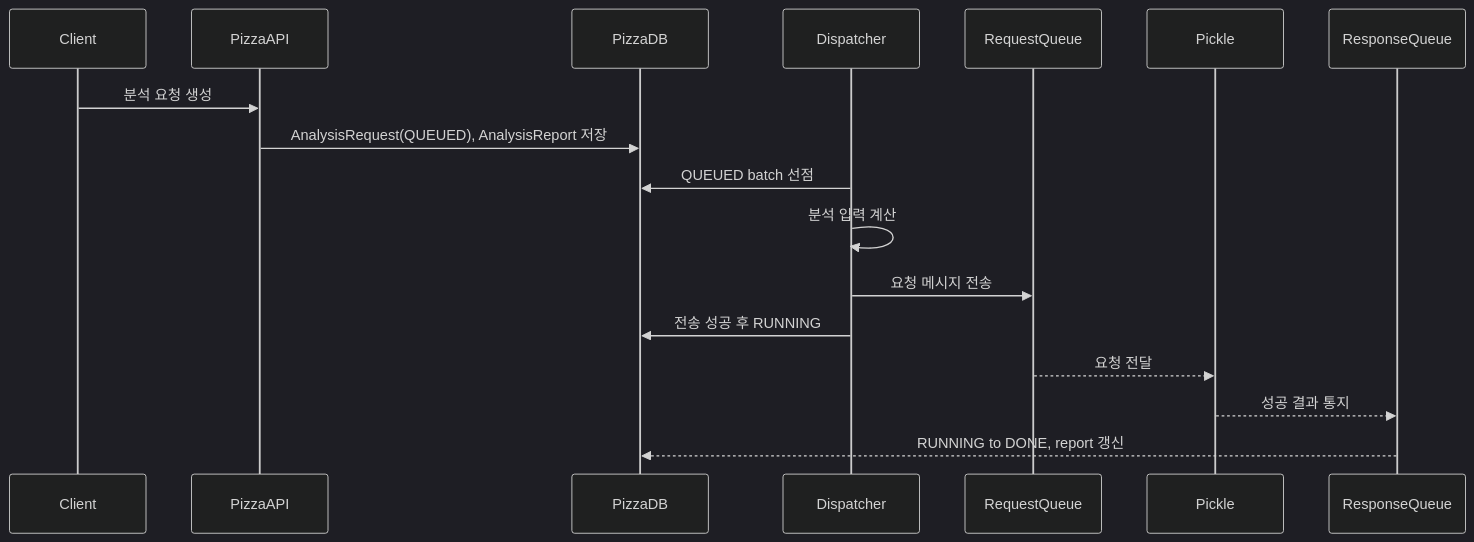
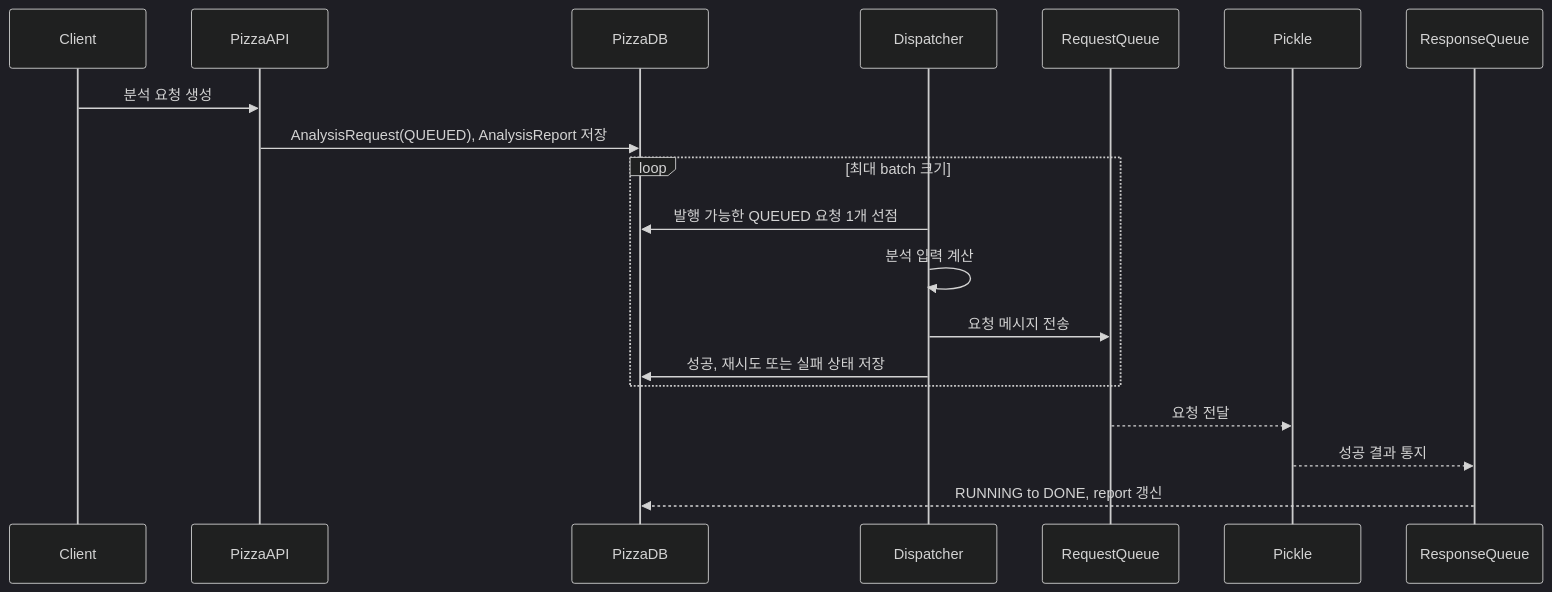
Before and after one commit to dawwson/psycho.pizza: the first of 2 diagrams in docs/analysis-pipeline/lifecycle.md, drawn with Mermaid (dark theme). The commit also changed other lines of this file and 2 other files, not shown here.

````diff
--- a/docs/analysis-pipeline/lifecycle.md
+++ b/docs/analysis-pipeline/lifecycle.md
@@ -13,20 +13,22 @@
 ```mermaid
 sequenceDiagram
     participant Client
     participant PizzaAPI
     participant PizzaDB
     participant Dispatcher
     participant RequestQueue
     participant Pickle
     participant ResponseQueue
 
     Client->>PizzaAPI: 분석 요청 생성
     PizzaAPI->>PizzaDB: AnalysisRequest(QUEUED), AnalysisReport 저장
-    Dispatcher->>PizzaDB: QUEUED batch 선점
-    Dispatcher->>Dispatcher: 분석 입력 계산
-    Dispatcher->>RequestQueue: 요청 메시지 전송
-    Dispatcher->>PizzaDB: 전송 성공 후 RUNNING
+    loop 최대 batch 크기
+        Dispatcher->>PizzaDB: 발행 가능한 QUEUED 요청 1개 선점
+        Dispatcher->>Dispatcher: 분석 입력 계산
+        Dispatcher->>RequestQueue: 요청 메시지 전송
+        Dispatcher->>PizzaDB: 성공, 재시도 또는 실패 상태 저장
+    end
     RequestQueue-->>Pickle: 요청 전달
     Pickle-->>ResponseQueue: 성공 결과 통지
     ResponseQueue-->>PizzaDB: RUNNING to DONE, report 갱신
 ```
````
